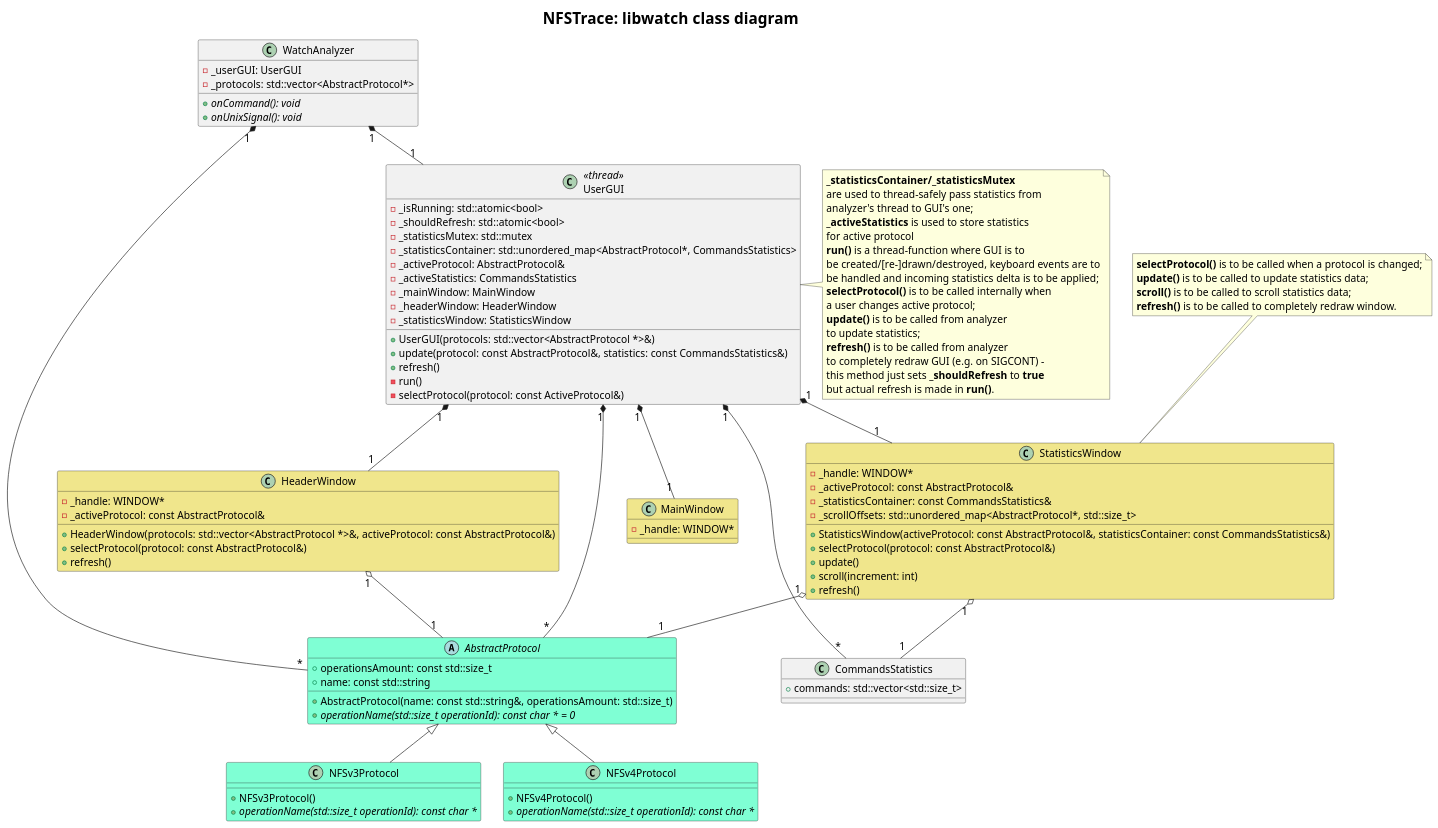
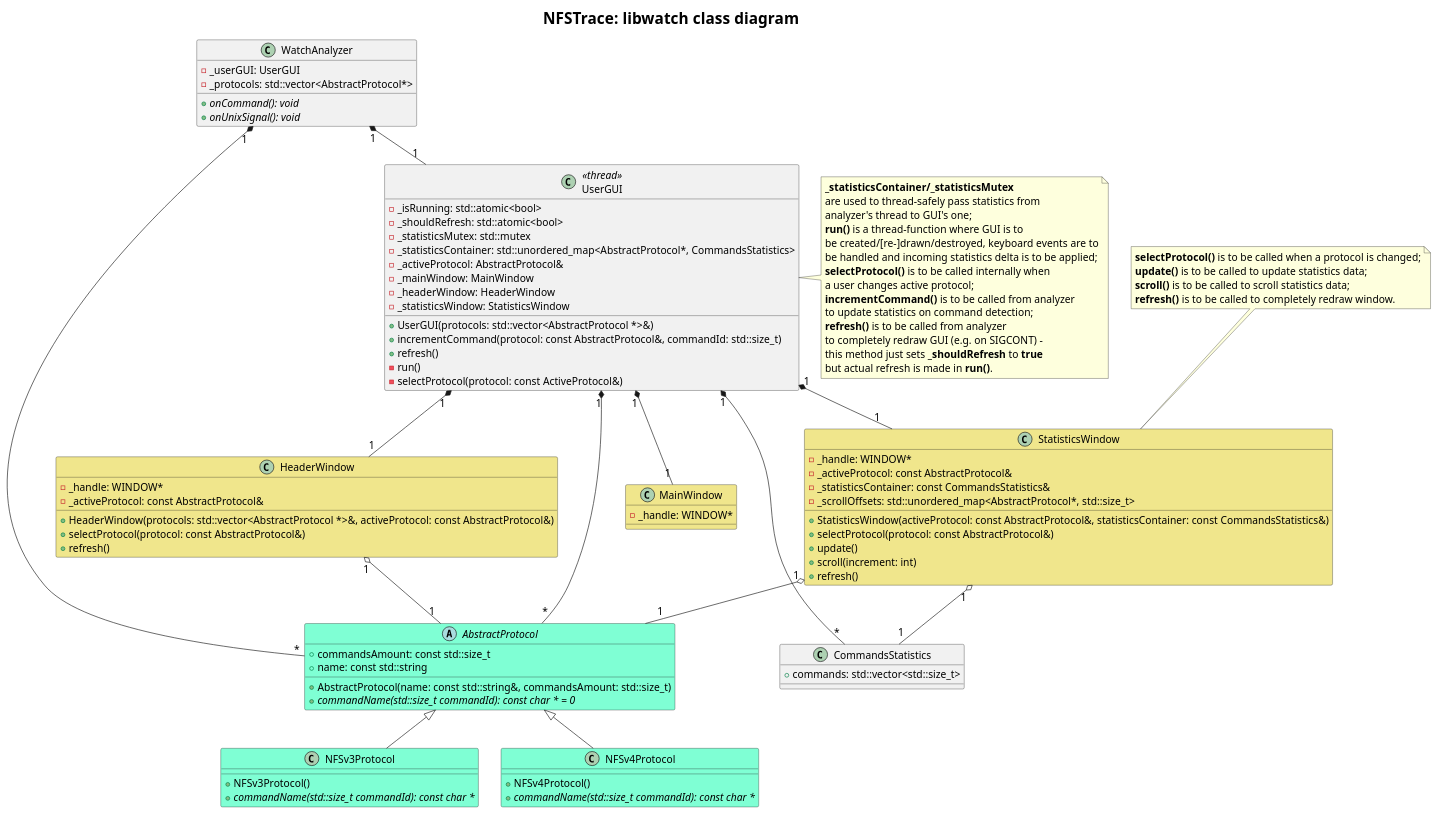
Before and after one commit to epam/nfstrace: the diagram in docs/design/libwatch/class_diagram.plantuml, drawn with PlantUML. The commit also changed 1 other file, not shown here.

Commit message:
Libwatch class diagram has been updated. Small amendments in build-system where PlantUML JAR file is to be find out.

```diff
--- a/docs/design/libwatch/class_diagram.plantuml
+++ b/docs/design/libwatch/class_diagram.plantuml
@@ -1,114 +1,111 @@
 @startuml
 skinparam titleFontSize 24
 skinparam defaultFontSize 16
 title NFSTrace: libwatch class diagram
 
 abstract class AbstractProtocol #Aquamarine {
-  + operationsAmount: const std::size_t
+  + commandsAmount: const std::size_t
   + name: const std::string
-  + AbstractProtocol(name: const std::string&, operationsAmount: std::size_t)
-  + {abstract} operationName(std::size_t operationId): const char * = 0
+  + AbstractProtocol(name: const std::string&, commandsAmount: std::size_t)
+  + {abstract} commandName(std::size_t commandId): const char * = 0
 }
 
 class NFSv3Protocol #Aquamarine {
   + NFSv3Protocol()
-  + {abstract} operationName(std::size_t operationId): const char *
+  + {abstract} commandName(std::size_t commandId): const char *
 }
 
 class NFSv4Protocol #Aquamarine {
   + NFSv4Protocol()
-  + {abstract} operationName(std::size_t operationId): const char *
+  + {abstract} commandName(std::size_t commandId): const char *
 }
 
 AbstractProtocol <|-- NFSv3Protocol
 AbstractProtocol <|-- NFSv4Protocol
 
 class CommandsStatistics {
   + commands: std::vector<std::size_t>
 }
 
 class WatchAnalyzer {
   - _userGUI: UserGUI
   - _protocols: std::vector<AbstractProtocol*>
   + {abstract} onCommand(): void
   + {abstract} onUnixSignal(): void
 }
 
 class UserGUI << thread >> {
   - _isRunning: std::atomic<bool>
   - _shouldRefresh: std::atomic<bool>
   - _statisticsMutex: std::mutex
   - _statisticsContainer: std::unordered_map<AbstractProtocol*, CommandsStatistics>
   - _activeProtocol: AbstractProtocol&
-  - _activeStatistics: CommandsStatistics
   - _mainWindow: MainWindow
   - _headerWindow: HeaderWindow
   - _statisticsWindow: StatisticsWindow
   + UserGUI(protocols: std::vector<AbstractProtocol *>&)
-  + update(protocol: const AbstractProtocol&, statistics: const CommandsStatistics&)
+  + incrementCommand(protocol: const AbstractProtocol&, commandId: std::size_t)
   + refresh()
   - run()
   - selectProtocol(protocol: const ActiveProtocol&)
 }
 
 note right of UserGUI
   <b>_statisticsContainer/_statisticsMutex</b>
   are used to thread-safely pass statistics from
   analyzer's thread to GUI's one;
-  <b>_activeStatistics</b> is used to store statistics
-  for active protocol
   <b>run()</b> is a thread-function where GUI is to
   be created/[re-]drawn/destroyed, keyboard events are to
   be handled and incoming statistics delta is to be applied;
   <b>selectProtocol()</b> is to be called internally when
   a user changes active protocol;
-  <b>update()</b> is to be called from analyzer
-  to update statistics;
+  <b>incrementCommand()</b> is to be called from analyzer
+  to update statistics on command detection;
   <b>refresh()</b> is to be called from analyzer
   to completely redraw GUI (e.g. on SIGCONT) -
   this method just sets <b>_shouldRefresh</b> to <b>true</b>
   but actual refresh is made in <b>run()</b>.
 end note
 
 class MainWindow #Khaki {
   - _handle: WINDOW*
 }
 
 class HeaderWindow #Khaki {
   - _handle: WINDOW*
   - _activeProtocol: const AbstractProtocol&
   + HeaderWindow(protocols: std::vector<AbstractProtocol *>&, activeProtocol: const AbstractProtocol&)
   + selectProtocol(protocol: const AbstractProtocol&)
   + refresh()
 }
 
 class StatisticsWindow #Khaki {
   - _handle: WINDOW*
   - _activeProtocol: const AbstractProtocol&
   - _statisticsContainer: const CommandsStatistics&
   - _scrollOffsets: std::unordered_map<AbstractProtocol*, std::size_t>
   + StatisticsWindow(activeProtocol: const AbstractProtocol&, statisticsContainer: const CommandsStatistics&)
   + selectProtocol(protocol: const AbstractProtocol&)
   + update()
   + scroll(increment: int)
   + refresh()
 }
 
 note top of StatisticsWindow
   <b>selectProtocol()</b> is to be called when a protocol is changed;
   <b>update()</b> is to be called to update statistics data;
   <b>scroll()</b> is to be called to scroll statistics data;
   <b>refresh()</b> is to be called to completely redraw window.
 end note
 
 WatchAnalyzer "1" *-- "1" UserGUI
 WatchAnalyzer "1" *-- "*" AbstractProtocol
 UserGUI "1" *-- "*" AbstractProtocol
 UserGUI "1" *-- "1" MainWindow
 UserGUI "1" *-- "1" HeaderWindow
 UserGUI "1" *-- "1" StatisticsWindow
 UserGUI "1" *-- "*" CommandsStatistics
 HeaderWindow "1" o-- "1" AbstractProtocol
 StatisticsWindow "1" o-- "1" CommandsStatistics
 StatisticsWindow "1" o-- "1" AbstractProtocol
 @enduml
```
